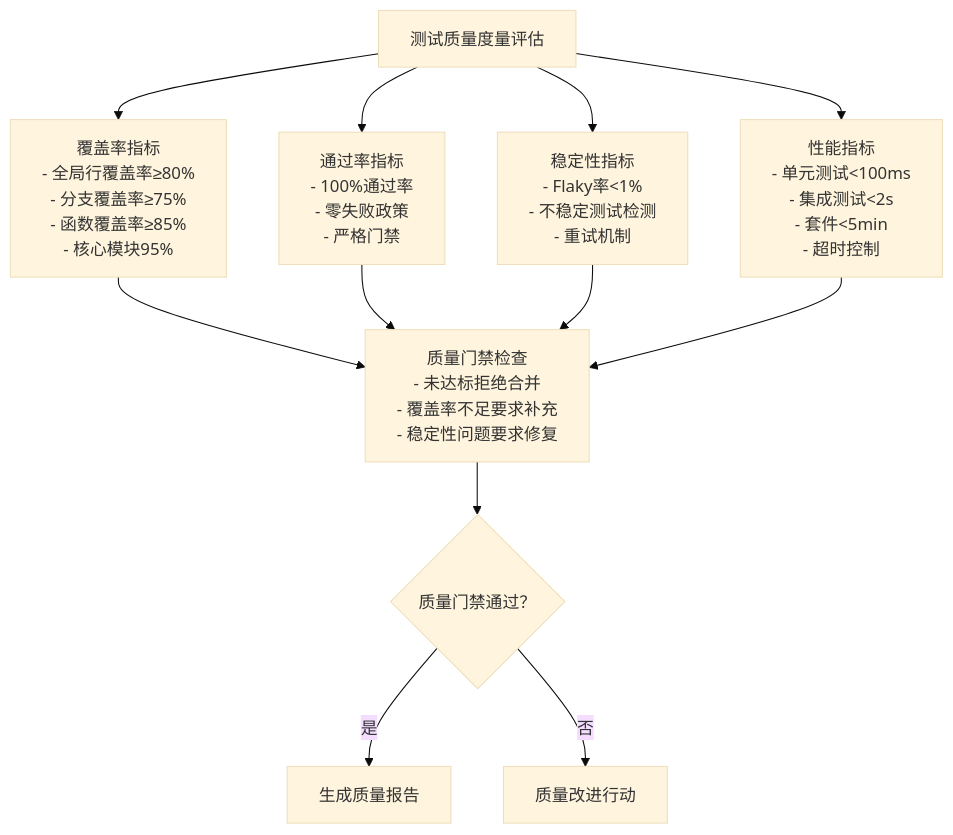
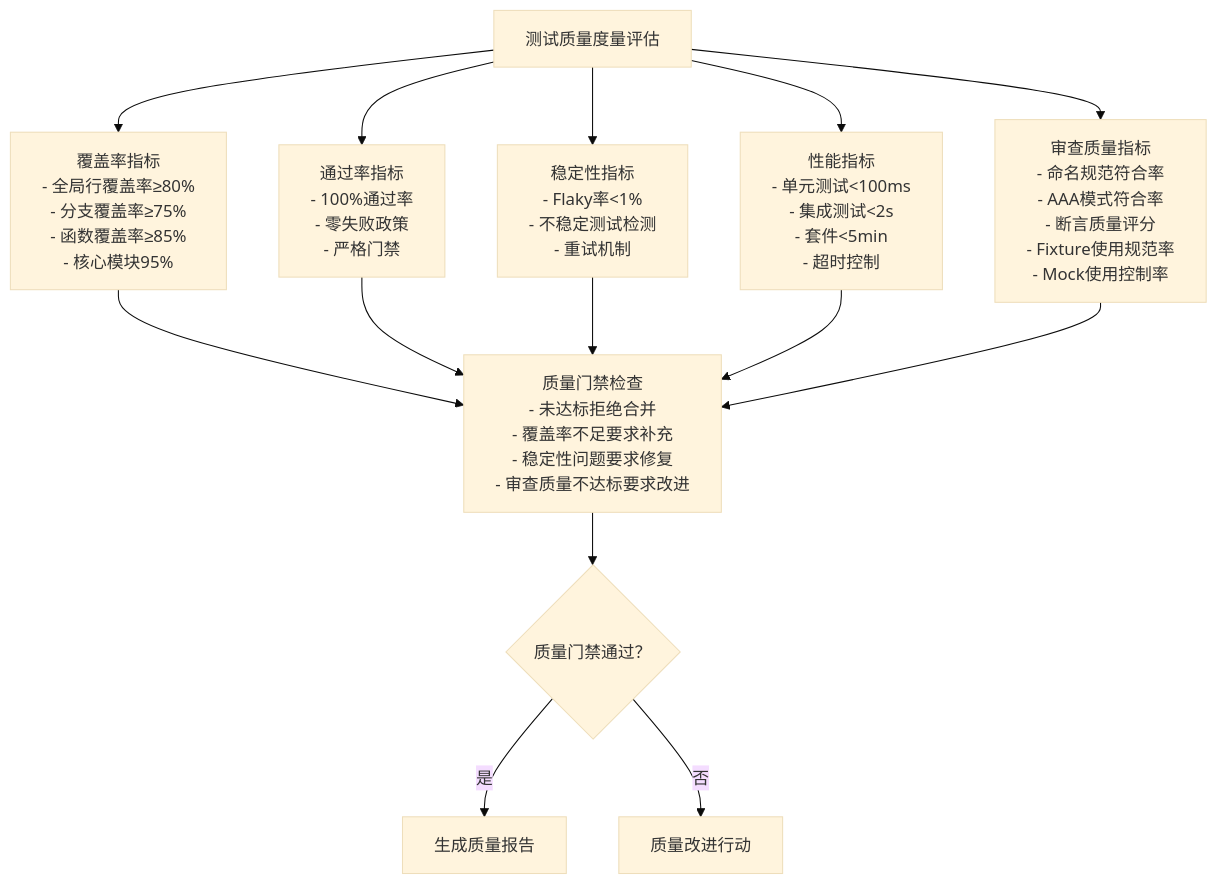
The tenth of 27 diagrams in .qoder/repowiki/zh/content/测试专项模式.md (AngelWings1997/altas), drawn with Mermaid (base theme) before and after one commit. The commit also changed other lines of this file and 16 other files, not shown here.

````diff
--- a/.qoder/repowiki/zh/content/测试专项模式.md
+++ b/.qoder/repowiki/zh/content/测试专项模式.md
@@ -386,14 +422,16 @@
 ```mermaid
 flowchart TD
 QualityMetrics[测试质量度量评估] --> CoverageMetrics["覆盖率指标<br/>- 全局行覆盖率≥80%<br/>- 分支覆盖率≥75%<br/>- 函数覆盖率≥85%<br/>- 核心模块95%"]
 QualityMetrics --> PassRateMetrics["通过率指标<br/>- 100%通过率<br/>- 零失败政策<br/>- 严格门禁"]
 QualityMetrics --> StabilityMetrics["稳定性指标<br/>- Flaky率<1%<br/>- 不稳定测试检测<br/>- 重试机制"]
 QualityMetrics --> PerformanceMetrics["性能指标<br/>- 单元测试<100ms<br/>- 集成测试<2s<br/>- 套件<5min<br/>- 超时控制"]
-CoverageMetrics --> Gate["质量门禁检查<br/>- 未达标拒绝合并<br/>- 覆盖率不足要求补充<br/>- 稳定性问题要求修复"]
+QualityMetrics --> ReviewMetrics["审查质量指标<br/>- 命名规范符合率<br/>- AAA模式符合率<br/>- 断言质量评分<br/>- Fixture使用规范率<br/>- Mock使用控制率"]
+CoverageMetrics --> Gate["质量门禁检查<br/>- 未达标拒绝合并<br/>- 覆盖率不足要求补充<br/>- 稳定性问题要求修复<br/>- 审查质量不达标要求改进"]
 PassRateMetrics --> Gate
 StabilityMetrics --> Gate
 PerformanceMetrics --> Gate
+ReviewMetrics --> Gate
 Gate --> Decision{"质量门禁通过？"}
 Decision --> |是| Report["生成质量报告"]
 Decision --> |否| Action["质量改进行动"]
 ```
````
